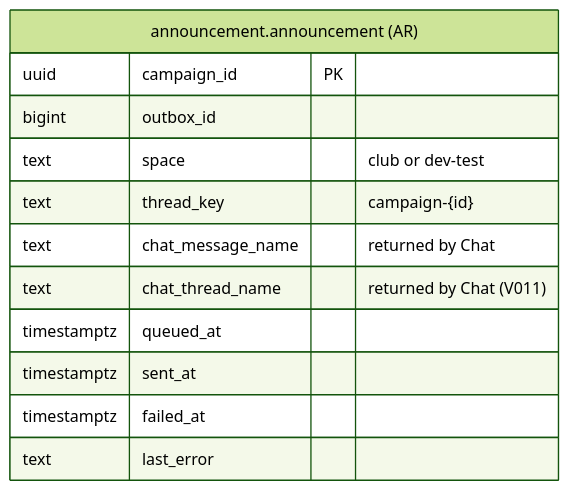
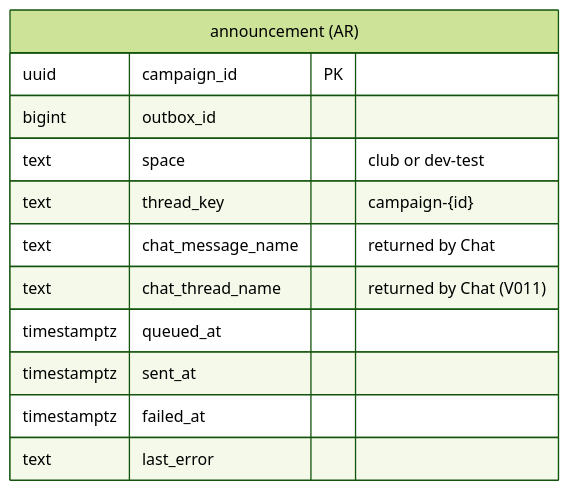
Before and after one commit to BechtelCanDoIt/marketing-tools: the ninth of 10 diagrams in apps/amplify/amplify-database/README.md, drawn with Mermaid (forest theme). The commit also changed other lines of this file and 170 other files, not shown here.

````diff
--- a/apps/amplify/amplify-database/README.md
+++ b/apps/amplify/amplify-database/README.md
@@ -647,15 +647,15 @@
 ```mermaid
 erDiagram
-    ANNOUNCEMENT["announcement.announcement (AR)"] {
+    ANNOUNCEMENT["announcement (AR)"] {
         uuid campaign_id PK
         bigint outbox_id
         text space "club or dev-test"
         text thread_key "campaign-{id}"
         text chat_message_name "returned by Chat"
         text chat_thread_name "returned by Chat (V011)"
         timestamptz queued_at
         timestamptz sent_at
         timestamptz failed_at
         text last_error
     }
 ```
````
